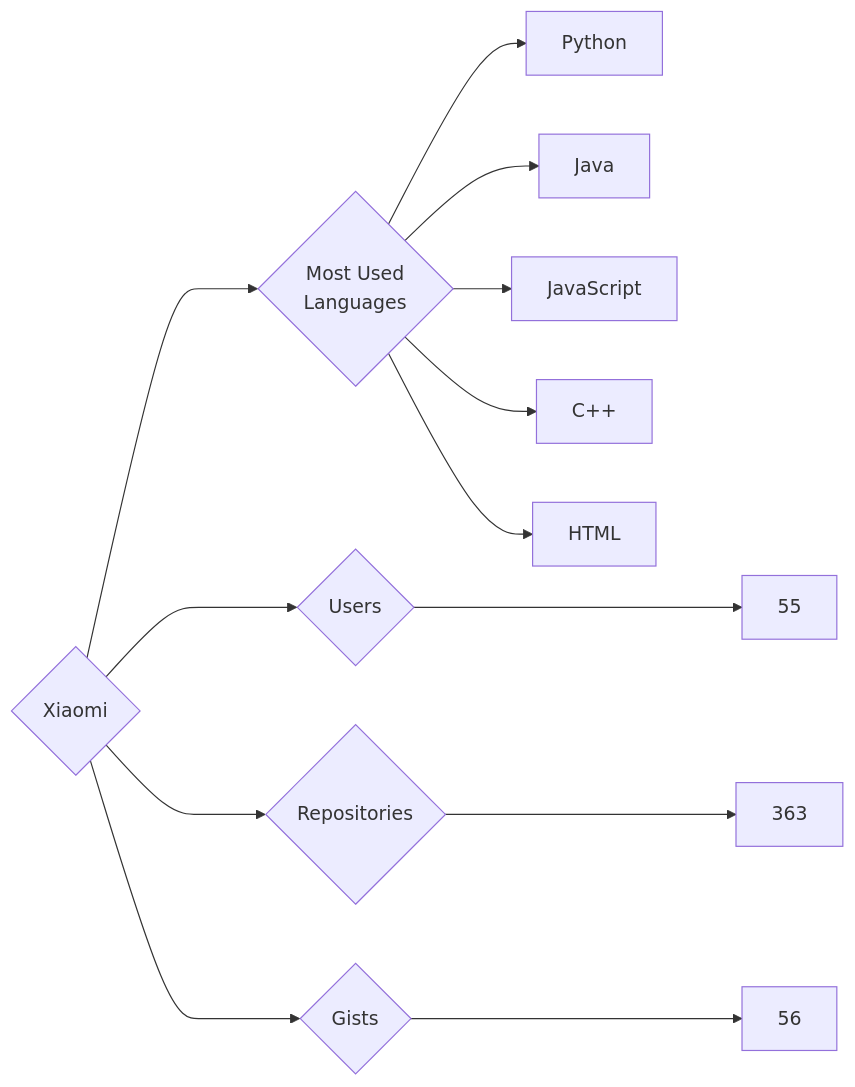
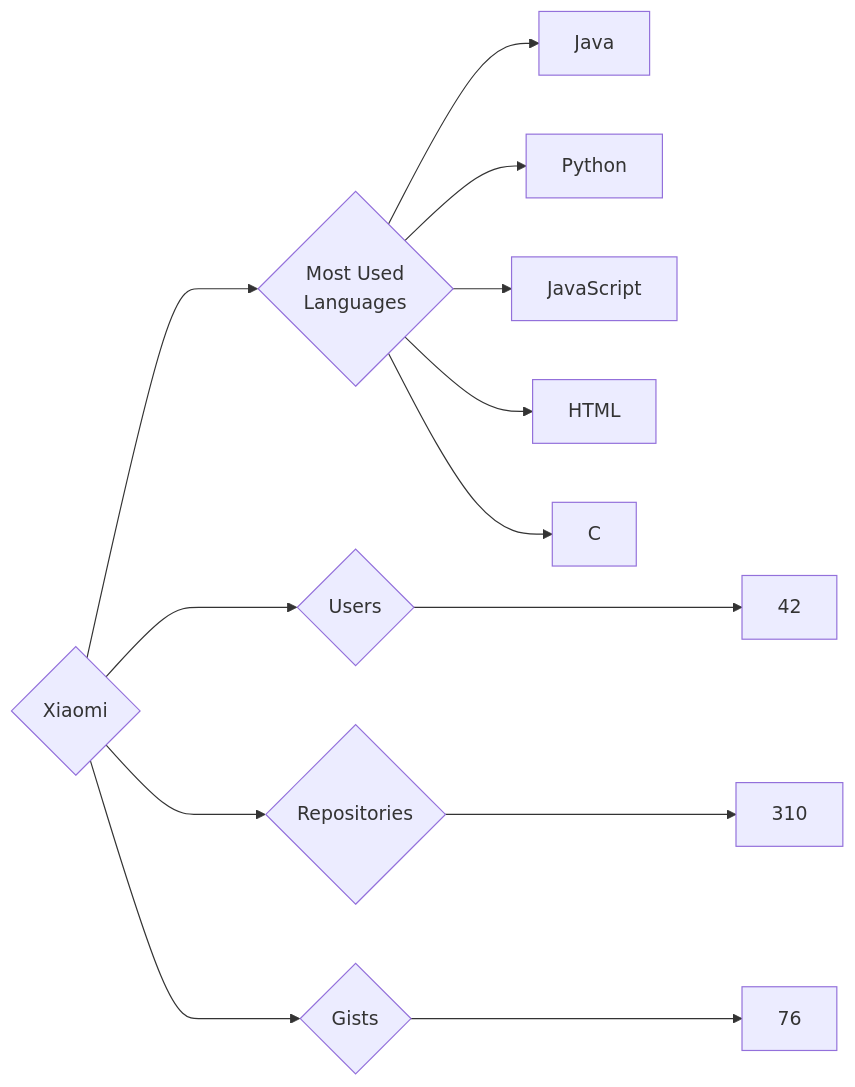
One commit to trickest/insiders changed the diagram in targets/Xiaomi/README.md. Above: the diagram before and after it, drawn with Mermaid. The commit also changed 799 other files, not shown here.

````diff
--- a/targets/Xiaomi/README.md
+++ b/targets/Xiaomi/README.md
@@ -3,13 +3,13 @@
 ```mermaid
 graph LR
 COMPANY_NAME{Xiaomi}
-COMPANY_NAME ---> U{Users} ---> UN[55]
-COMPANY_NAME ---> R{Repositories} ---> RN[363]
-COMPANY_NAME ---> G{Gists} ---> GN[56]
+COMPANY_NAME ---> U{Users} ---> UN[42]
+COMPANY_NAME ---> R{Repositories} ---> RN[310]
+COMPANY_NAME ---> G{Gists} ---> GN[76]
 COMPANY_NAME ---> ML{Most Used<br>Languages}
+ML --> Java[Java]
 ML --> Python[Python]
-ML --> Java[Java]
 ML --> JavaScript[JavaScript]
-ML --> C++[C++]
 ML --> HTML[HTML]
+ML --> C[C]
 ```
````
